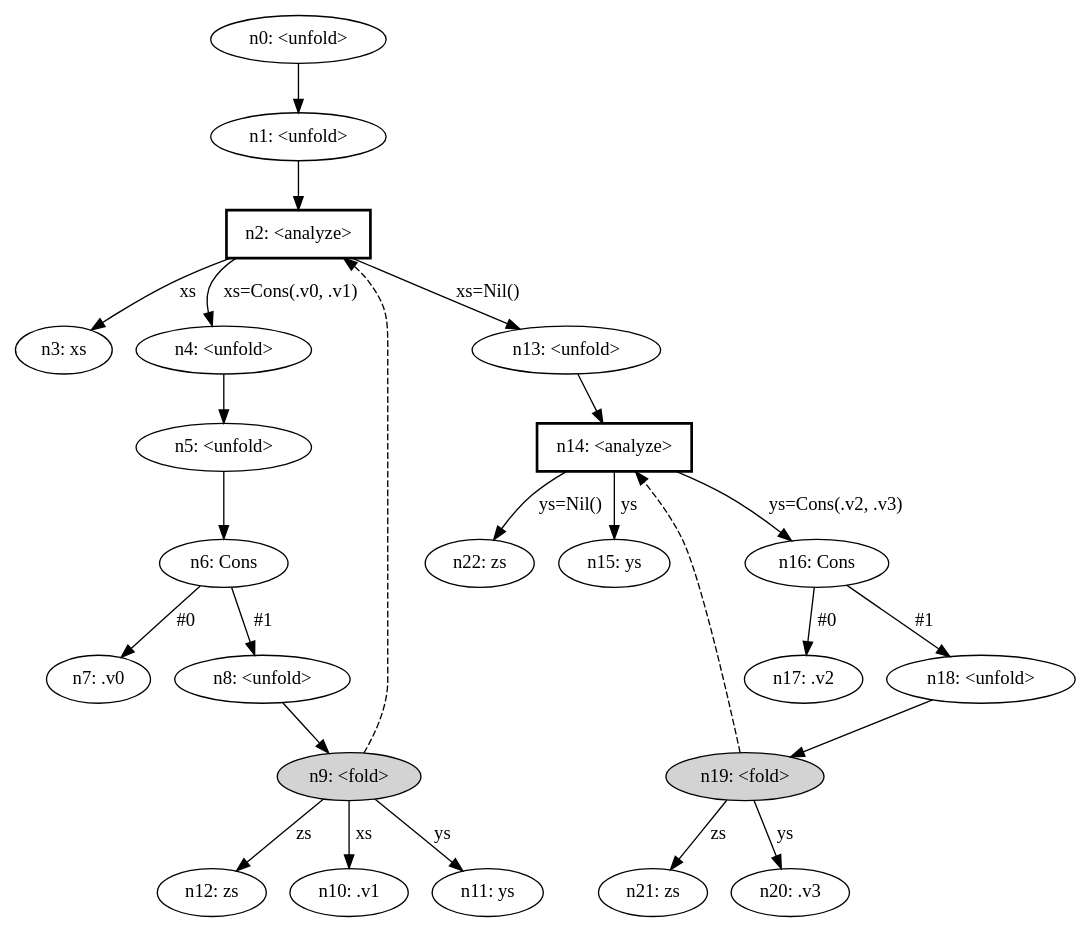
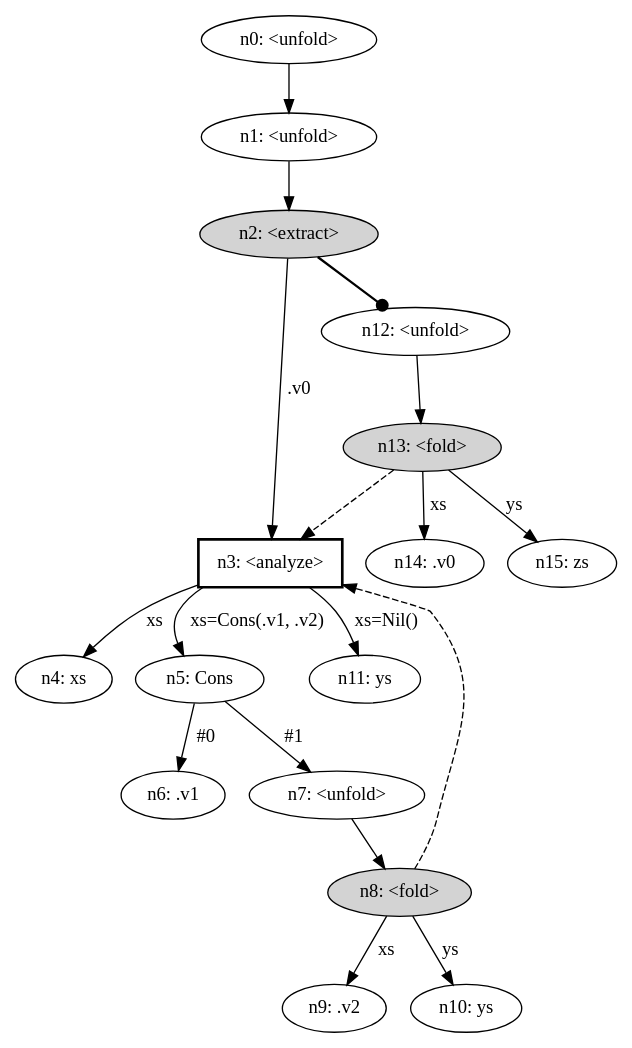
One commit to mazeppa-dev/mazeppa changed the diagram in examples/double-append/target/graph.dot. Above: the diagram before and after it, drawn with Graphviz. The commit also changed 41 other files, not shown here.

```diff
--- a/examples/double-append/target/graph.dot
+++ b/examples/double-append/target/graph.dot
@@ -1,51 +1,37 @@
 digraph {
     node [fontname="bold helvetica"];
     edge [fontname="bold helvetica"];
     n0 [label="n0: <unfold>"];
     n1 [label="n1: <unfold>"];
     n0 -> n1;
-    n2 [label="n2: <analyze>"] [shape=box style=bold];
+    n2 [label="n2: <extract>"] [style=filled];
     n1 -> n2;
-    n3 [label="n3: xs"];
-    n2 -> n3 [label=" xs "];
-    n4 [label="n4: <unfold>"];
-    n2 -> n4 [label=" xs=Cons(.v0, .v1) "];
-    n5 [label="n5: <unfold>"];
-    n4 -> n5;
-    n6 [label="n6: Cons"];
-    n5 -> n6;
-    n7 [label="n7: .v0"];
-    n6 -> n7 [label=" #0 "];
-    n8 [label="n8: <unfold>"];
-    n6 -> n8 [label=" #1 "];
-    n9 [label="n9: <fold>"] [style=filled];
-    n8 -> n9;
-    n9 -> n2 [style=dashed];
-    n10 [label="n10: .v1"];
-    n9 -> n10 [label=" xs "];
+    n3 [label="n3: <analyze>"] [shape=box style=bold];
+    n2 -> n3 [label=" .v0 "];
+    n4 [label="n4: xs"];
+    n3 -> n4 [label=" xs "];
+    n5 [label="n5: Cons"];
+    n3 -> n5 [label=" xs=Cons(.v1, .v2) "];
+    n6 [label="n6: .v1"];
+    n5 -> n6 [label=" #0 "];
+    n7 [label="n7: <unfold>"];
+    n5 -> n7 [label=" #1 "];
+    n8 [label="n8: <fold>"] [style=filled];
+    n7 -> n8;
+    n8 -> n3 [style=dashed];
+    n9 [label="n9: .v2"];
+    n8 -> n9 [label=" xs "];
+    n10 [label="n10: ys"];
+    n8 -> n10 [label=" ys "];
     n11 [label="n11: ys"];
-    n9 -> n11 [label=" ys "];
-    n12 [label="n12: zs"];
-    n9 -> n12 [label=" zs "];
-    n13 [label="n13: <unfold>"];
-    n2 -> n13 [label=" xs=Nil() "];
-    n14 [label="n14: <analyze>"] [shape=box style=bold];
-    n13 -> n14;
-    n15 [label="n15: ys"];
-    n14 -> n15 [label=" ys "];
-    n16 [label="n16: Cons"];
-    n14 -> n16 [label=" ys=Cons(.v2, .v3) "];
-    n17 [label="n17: .v2"];
-    n16 -> n17 [label=" #0 "];
-    n18 [label="n18: <unfold>"];
-    n16 -> n18 [label=" #1 "];
-    n19 [label="n19: <fold>"] [style=filled];
-    n18 -> n19;
-    n19 -> n14 [style=dashed];
-    n20 [label="n20: .v3"];
-    n19 -> n20 [label=" ys "];
-    n21 [label="n21: zs"];
-    n19 -> n21 [label=" zs "];
-    n22 [label="n22: zs"];
-    n14 -> n22 [label=" ys=Nil() "];
+    n3 -> n11 [label=" xs=Nil() "];
+    n12 [label="n12: <unfold>"];
+    n2 -> n12 [penwidth=1.7 arrowhead=dot];
+    n13 [label="n13: <fold>"] [style=filled];
+    n12 -> n13;
+    n13 -> n3 [style=dashed];
+    n14 [label="n14: .v0"];
+    n13 -> n14 [label=" xs "];
+    n15 [label="n15: zs"];
+    n13 -> n15 [label=" ys "];
 }
```
